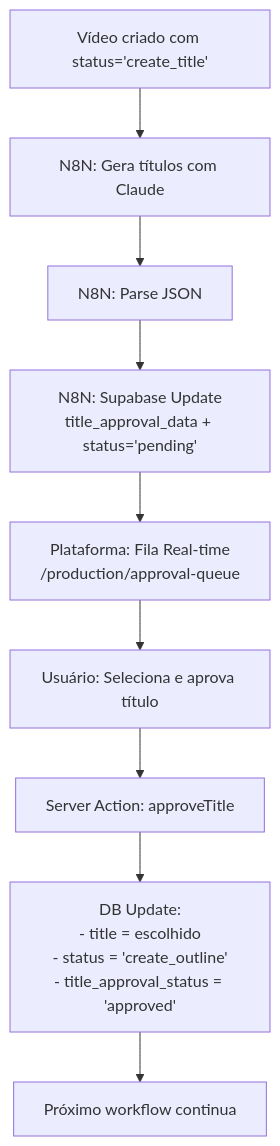
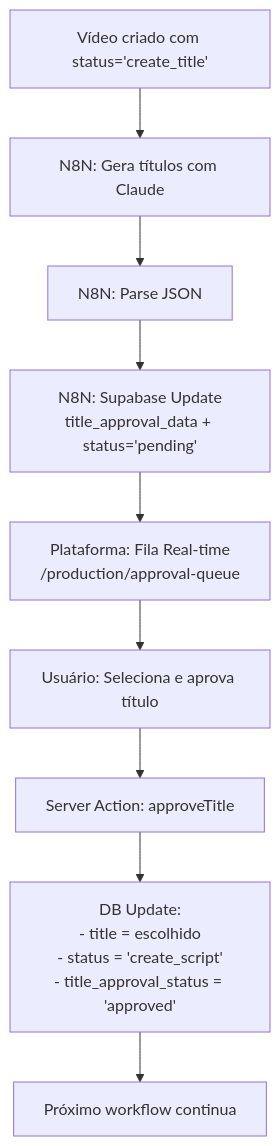
One commit to blessy-devops/automedia-app changed the diagram in docs/next-steps/tittle-and-thumb-approval/README.md. Above: the diagram before and after it, drawn with Mermaid. The commit also changed other lines of this file and 1 other file, not shown here.

First line of the commit message:
docs: update title approval docs to use create_script instead of create_outline

````diff
--- a/docs/next-steps/tittle-and-thumb-approval/README.md
+++ b/docs/next-steps/tittle-and-thumb-approval/README.md
@@ -85,11 +85,11 @@
 ```mermaid
 graph TD
     A[Vídeo criado com status='create_title'] --> B[N8N: Gera títulos com Claude]
     B --> C[N8N: Parse JSON]
     C --> D[N8N: Supabase Update<br/>title_approval_data + status='pending']
     D --> E[Plataforma: Fila Real-time<br/>/production/approval-queue]
     E --> F[Usuário: Seleciona e aprova título]
     F --> G[Server Action: approveTitle]
-    G --> H[DB Update:<br/>- title = escolhido<br/>- status = 'create_outline'<br/>- title_approval_status = 'approved']
+    G --> H[DB Update:<br/>- title = escolhido<br/>- status = 'create_script'<br/>- title_approval_status = 'approved']
     H --> I[Próximo workflow continua]
 ```
````
